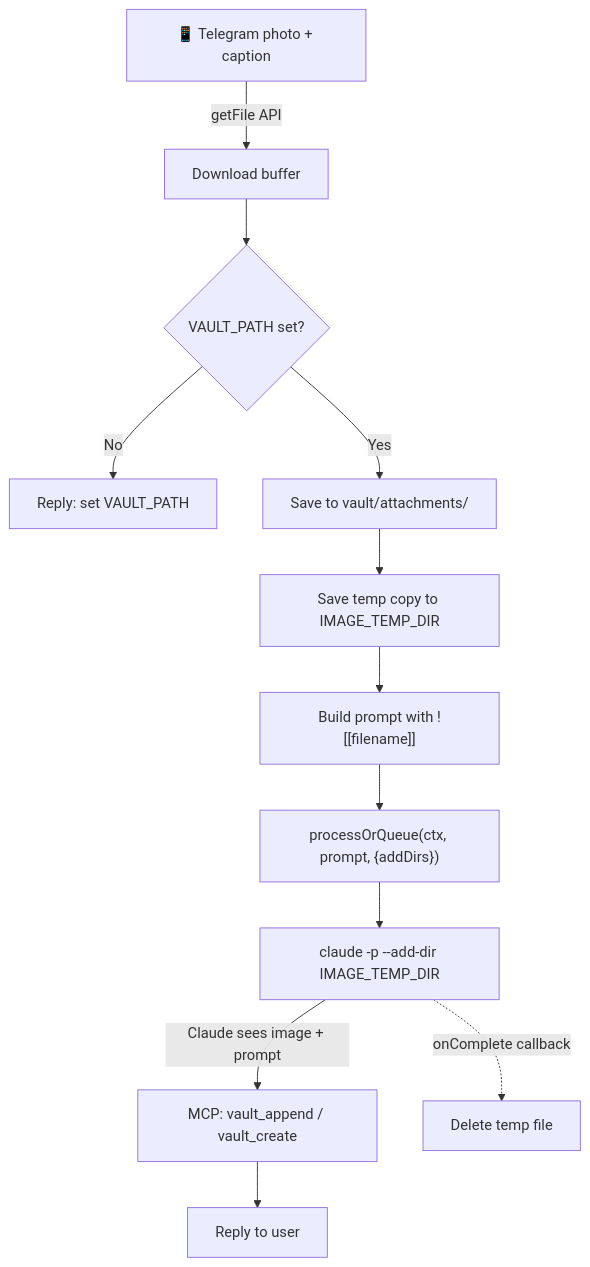
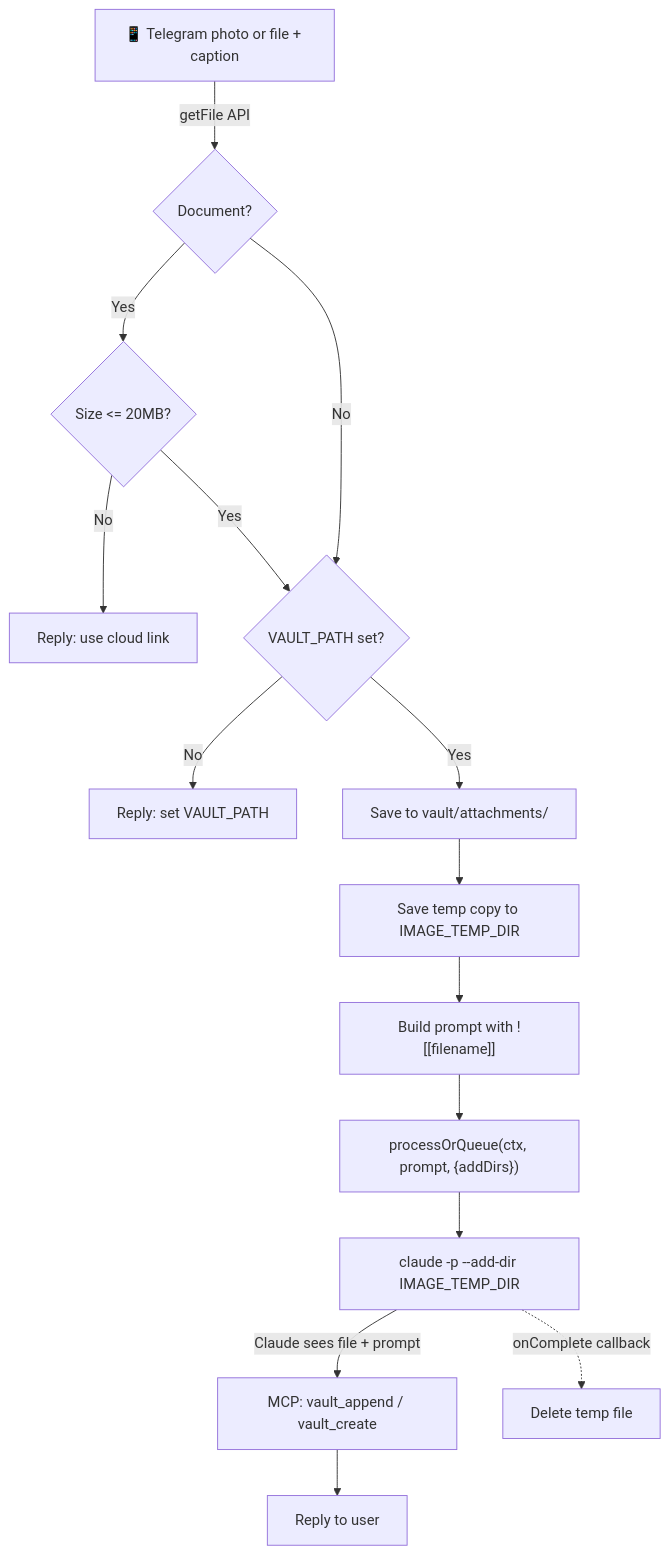
Before and after one commit to sdpoueme/vertex-nova: the fourth of 5 diagrams in README.md, drawn with Mermaid. The commit also changed other lines of this file, not shown here.

Commit message:
Document file attachment support in README

````diff
--- a/README.md
+++ b/README.md
@@ -237,14 +238,17 @@
 ```mermaid
 flowchart TB
-  A["📱 Telegram photo + caption"] -->|"getFile API"| B[Download buffer]
-  B --> C{VAULT_PATH set?}
+  A["📱 Telegram photo or file + caption"] -->|"getFile API"| B{Document?}
+  B -->|Yes| SC{Size <= 20MB?}
+  SC -->|No| X2["Reply: use cloud link"]
+  SC -->|Yes| C
+  B -->|No| C{VAULT_PATH set?}
   C -->|No| X["Reply: set VAULT_PATH"]
   C -->|Yes| D["Save to vault/attachments/"]
   D --> E["Save temp copy to IMAGE_TEMP_DIR"]
   E --> F["Build prompt with ![[filename]]"]
   F --> G["processOrQueue(ctx, prompt, {addDirs})"]
   G --> H["claude -p --add-dir IMAGE_TEMP_DIR"]
-  H -->|"Claude sees image + prompt"| I["MCP: vault_append / vault_create"]
+  H -->|"Claude sees file + prompt"| I["MCP: vault_append / vault_create"]
   I --> J["Reply to user"]
   H -.->|"onComplete callback"| K["Delete temp file"]
 ```
````
